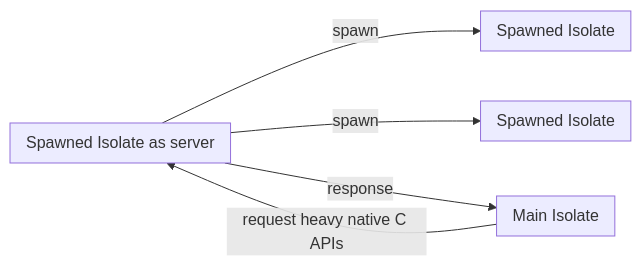
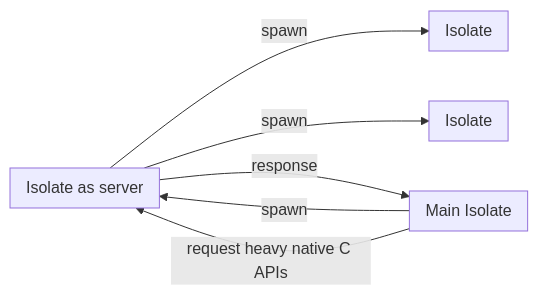
Before and after one commit to sensuikan1973/flutter_expensive_native_embedding_journey: the third of 3 diagrams in slide/pages/calling_native_C_APIs.md, drawn with Mermaid.

````diff
--- a/slide/pages/calling_native_C_APIs.md
+++ b/slide/pages/calling_native_C_APIs.md
@@ -105,14 +105,15 @@
 ```mermaid
 flowchart LR
     subgraph M ["Main#32;Isolate"]
     end
+    M -->|spawn| S
     M -->|"request#32;heavy#32;native#32;C#32;APIs"| S
-    subgraph S ["Spawned#32;Isolate#32;as#32;server"]
+    subgraph S ["Isolate#32;as#32;server"]
     end
     S -->|spawn| S2 & S3
-    subgraph S2 ["Spawned#32;Isolate"]
+    subgraph S2 ["Isolate"]
     end
-    subgraph S3 ["Spawned#32;Isolate"]
+    subgraph S3 ["Isolate"]
     end
     S -->|response| M
 ```
````
